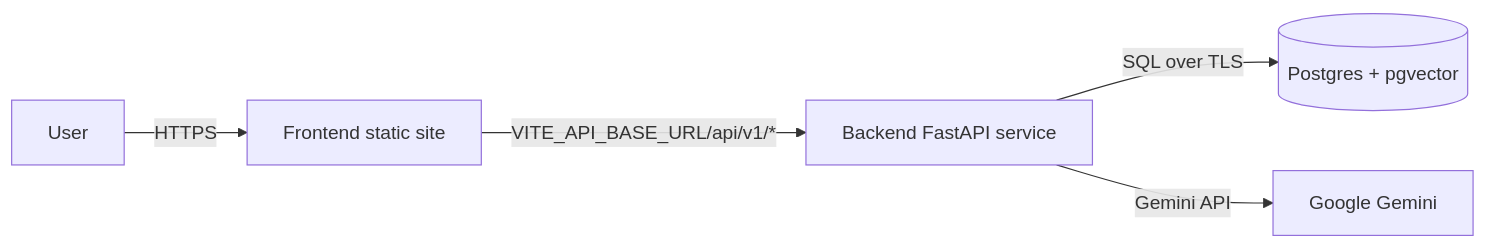
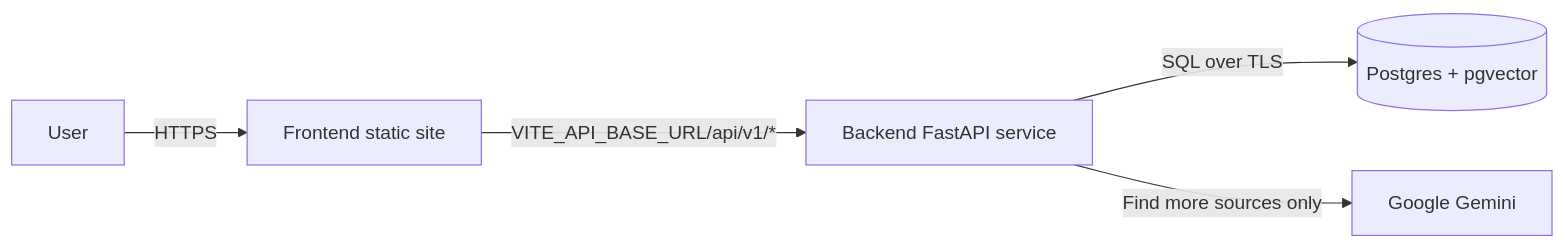
Before and after one commit to ashkaranha/SubmarineCablesNU: the diagram in README.md, drawn with Mermaid. The commit also changed other lines of this file and 8 other files, not shown here.

````diff
--- a/README.md
+++ b/README.md
@@ -71,7 +66,7 @@
 ```mermaid
 flowchart LR
     User -->|HTTPS| FE[Frontend static site]
     FE -->|"VITE_API_BASE_URL/api/v1/*"| BE[Backend FastAPI service]
     BE -->|SQL over TLS| DB[(Postgres + pgvector)]
-    BE -->|Gemini API| Gemini[Google Gemini]
+    BE -->|"Find more sources" only| Gemini[Google Gemini]
 ```
````
